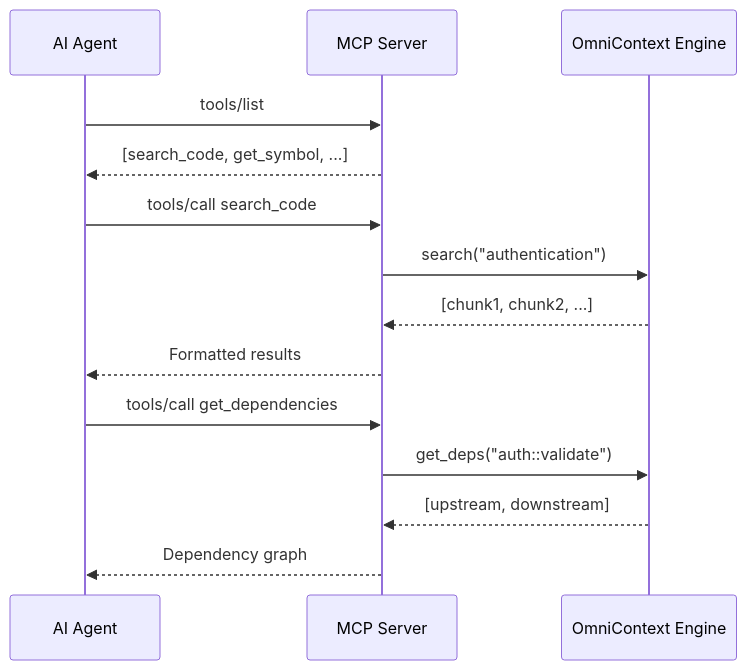
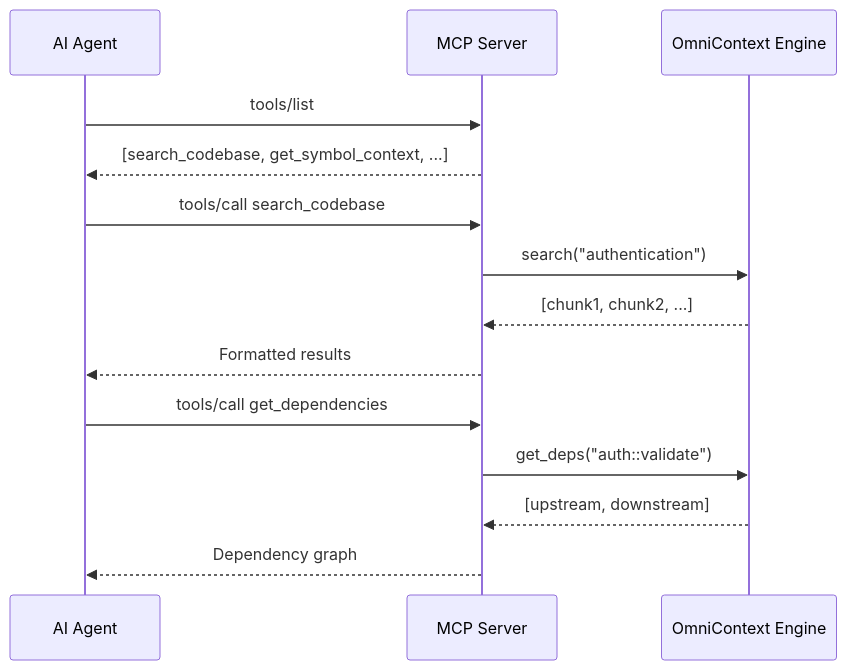
The third of 6 diagrams in docs/architecture/ADR.md (steeltroops-ai/omnicontext), drawn with Mermaid before and after one commit. The commit also changed other lines of this file and 14 other files, not shown here.

First line of the commit message:
docs: rewrite architecture intelligence docs to production standard and fix all version/count discrepancies

````diff
--- a/docs/architecture/ADR.md
+++ b/docs/architecture/ADR.md
@@ -308,19 +308,19 @@
 ```mermaid
 sequenceDiagram
     participant Agent as AI Agent
     participant MCP as MCP Server
     participant Engine as OmniContext Engine
     
     Agent->>MCP: tools/list
-    MCP-->>Agent: [search_code, get_symbol, ...]
-    
-    Agent->>MCP: tools/call search_code
+    MCP-->>Agent: [search_codebase, get_symbol_context, ...]
+
+    Agent->>MCP: tools/call search_codebase
     MCP->>Engine: search("authentication")
     Engine-->>MCP: [chunk1, chunk2, ...]
     MCP-->>Agent: Formatted results
     
     Agent->>MCP: tools/call get_dependencies
     MCP->>Engine: get_deps("auth::validate")
     Engine-->>MCP: [upstream, downstream]
     MCP-->>Agent: Dependency graph
 ```
````
